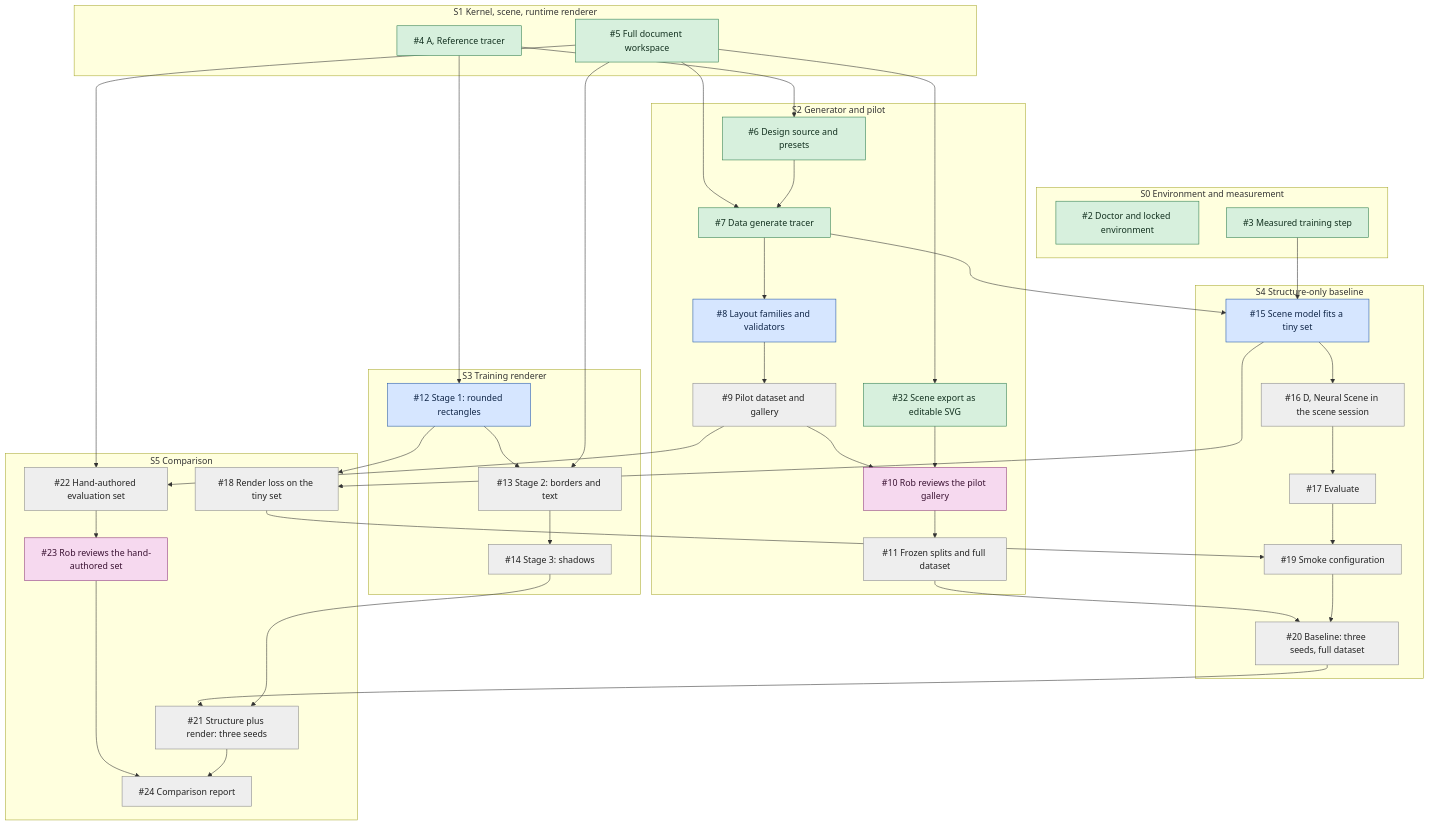
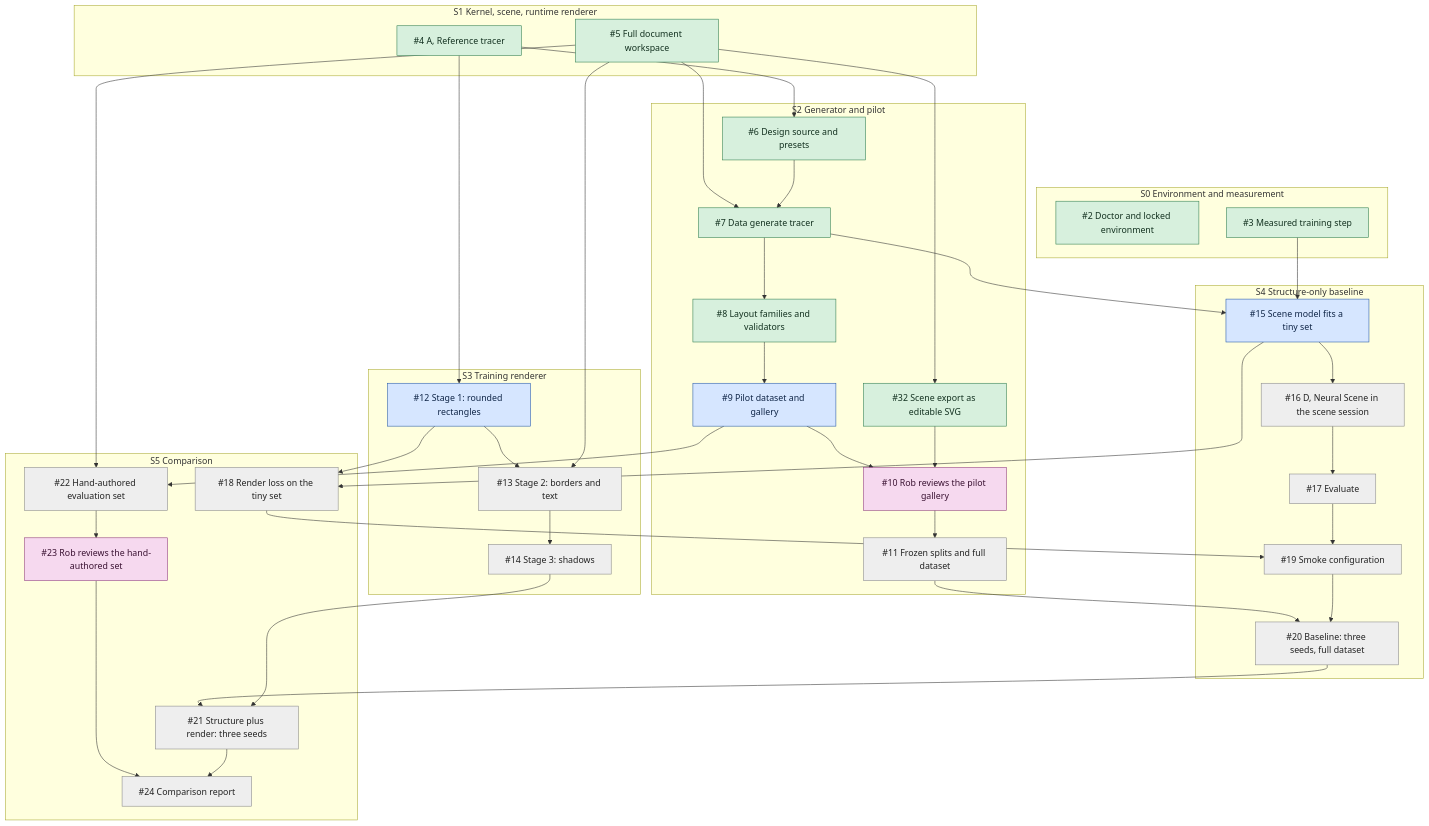
The diagram in docs/roadmap.md (robdhyman/core-ultra-neural-engine), drawn with Mermaid before and after one commit. The commit also changed other lines of this file and 21 other files, not shown here.

First line of the commit message:
Add layout families, coherent variation, validators and the stress-test set (#35)

````diff
--- a/docs/roadmap.md
+++ b/docs/roadmap.md
@@ -26,61 +26,61 @@
 ```mermaid
 flowchart TD
     classDef done fill:#d7f0dd,stroke:#2e7d4f,color:#12301f
     classDef ready fill:#d6e6ff,stroke:#2457a6,color:#0f2547
     classDef waiting fill:#eeeeee,stroke:#888888,color:#222222
     classDef rob fill:#f6d9ef,stroke:#8e3a7c,color:#3a1232
 
     subgraph S0["S0 Environment and measurement"]
         i2["#2 Doctor and locked environment"]:::done
         i3["#3 Measured training step"]:::done
     end
     subgraph S1["S1 Kernel, scene, runtime renderer"]
         i4["#4 A, Reference tracer"]:::done
         i5["#5 Full document workspace"]:::done
     end
     subgraph S2["S2 Generator and pilot"]
         i6["#6 Design source and presets"]:::done
         i7["#7 Data generate tracer"]:::done
-        i8["#8 Layout families and validators"]:::ready
-        i9["#9 Pilot dataset and gallery"]:::waiting
+        i8["#8 Layout families and validators"]:::done
+        i9["#9 Pilot dataset and gallery"]:::ready
         i32["#32 Scene export as editable SVG"]:::done
         i10["#10 Rob reviews the pilot gallery"]:::rob
         i11["#11 Frozen splits and full dataset"]:::waiting
     end
     subgraph S3["S3 Training renderer"]
         i12["#12 Stage 1: rounded rectangles"]:::ready
         i13["#13 Stage 2: borders and text"]:::waiting
         i14["#14 Stage 3: shadows"]:::waiting
     end
     subgraph S4["S4 Structure-only baseline"]
         i15["#15 Scene model fits a tiny set"]:::ready
         i16["#16 D, Neural Scene in the scene session"]:::waiting
         i17["#17 Evaluate"]:::waiting
         i19["#19 Smoke configuration"]:::waiting
         i20["#20 Baseline: three seeds, full dataset"]:::waiting
     end
     subgraph S5["S5 Comparison"]
         i18["#18 Render loss on the tiny set"]:::waiting
         i21["#21 Structure plus render: three seeds"]:::waiting
         i22["#22 Hand-authored evaluation set"]:::waiting
         i23["#23 Rob reviews the hand-authored set"]:::rob
         i24["#24 Comparison report"]:::waiting
     end
 
     i4 --> i6
     i5 --> i7
     i6 --> i7 --> i8 --> i9 --> i10 --> i11
     i5 --> i32 --> i10
     i4 --> i12 --> i13 --> i14
     i5 --> i13
     i3 --> i15
     i7 --> i15 --> i16 --> i17 --> i19
     i12 --> i18
     i15 --> i18 --> i19
     i11 --> i20
     i19 --> i20 --> i21
     i14 --> i21
     i5 --> i22
     i9 --> i22 --> i23 --> i24
     i21 --> i24
 ```
````
